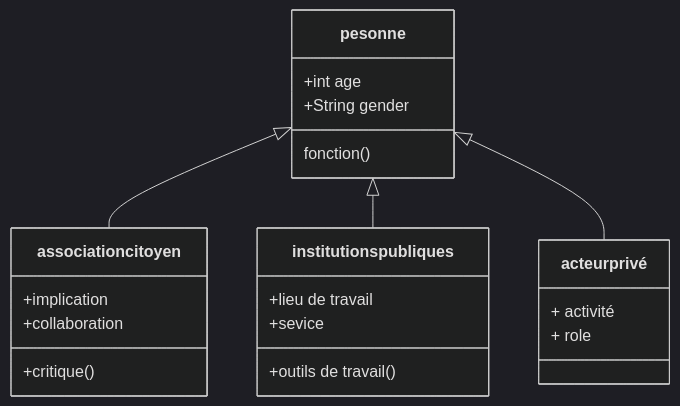
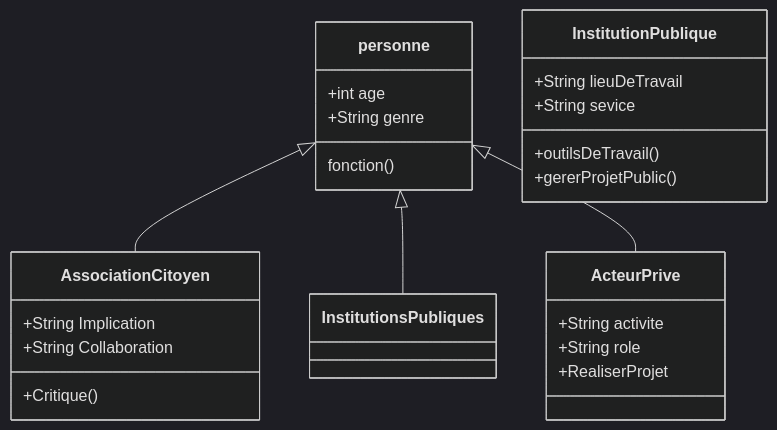
One commit to kahiarchi/plaine---saint--Denis---batiment- changed the diagram in acteurskahiarchi.md. Above: the diagram before and after it, drawn with Mermaid (dark theme).

````diff
--- a/acteurskahiarchi.md
+++ b/acteurskahiarchi.md
@@ -1,25 +1,27 @@
 ```mermaid
 classDiagram
-    pesonne <|-- association citoyen
-    pesonne <|-- institutions publiques
-    pesonne <|-- acteur privé 
+    personne <|-- AssociationCitoyen
+    personne <|-- InstitutionsPubliques
+    personne <|-- ActeurPrive
 
-    pesonne : +int age
-    pesonne : +String gender
-    pesonne : fonction()
+    personne : +int age
+    personne : +String genre
+    personne : fonction()
 
-  class association citoyen {
-     +implication 
-     +collaboration
-     +critique ()
+  class AssociationCitoyen {
+     +String Implication 
+     +String Collaboration
+     +Critique ()
     }
-    class institutions publiques{
-          +lieu de travail
-          +sevice
-          +outils de travail()
+    class InstitutionPublique{
+          +String lieuDeTravail
+          +String sevice
+          +outilsDeTravail()
+          +gererProjetPublic()
     }
-    class acteur privé{
-      + activité
-     +  role
+    class ActeurPrive{
+      +String activite
+      +String role
+      +RealiserProjet
      }
 ```
````
